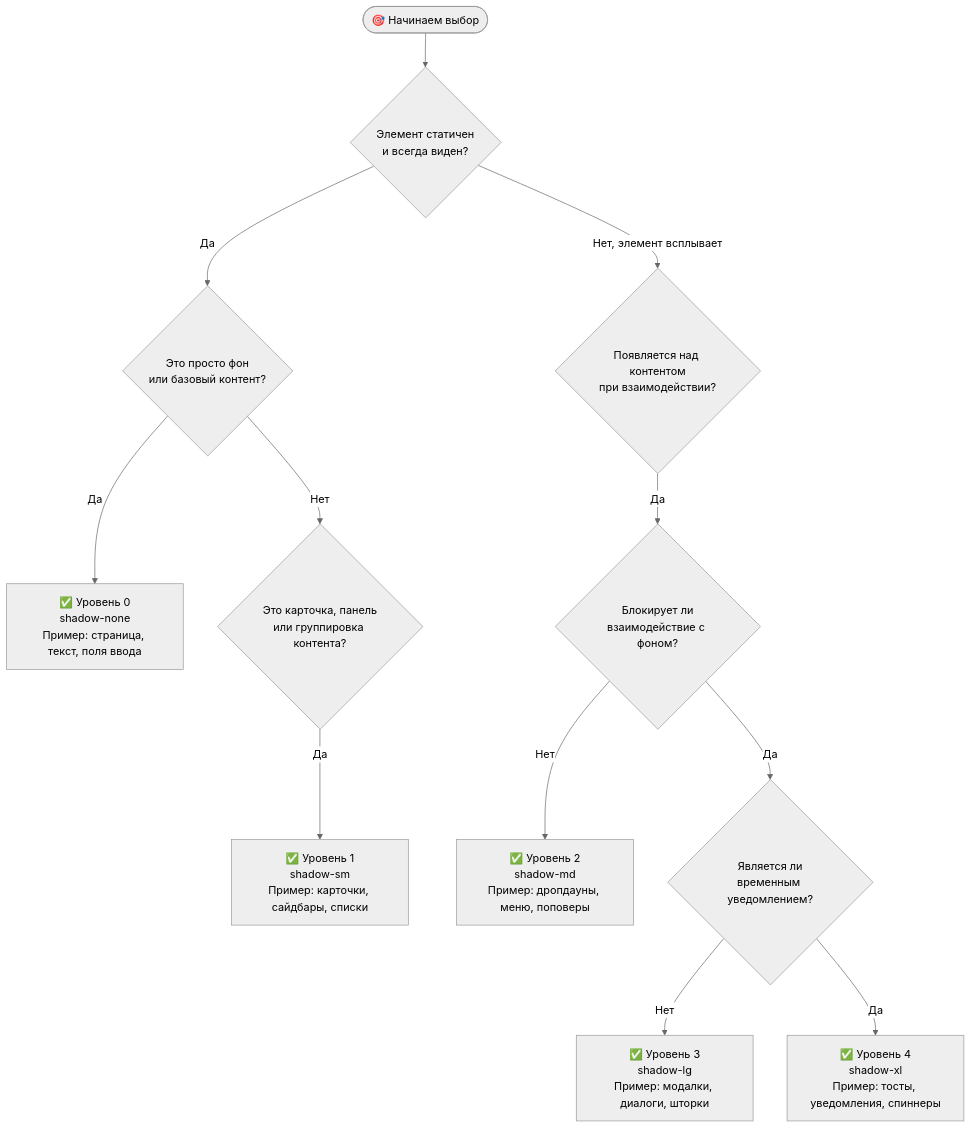
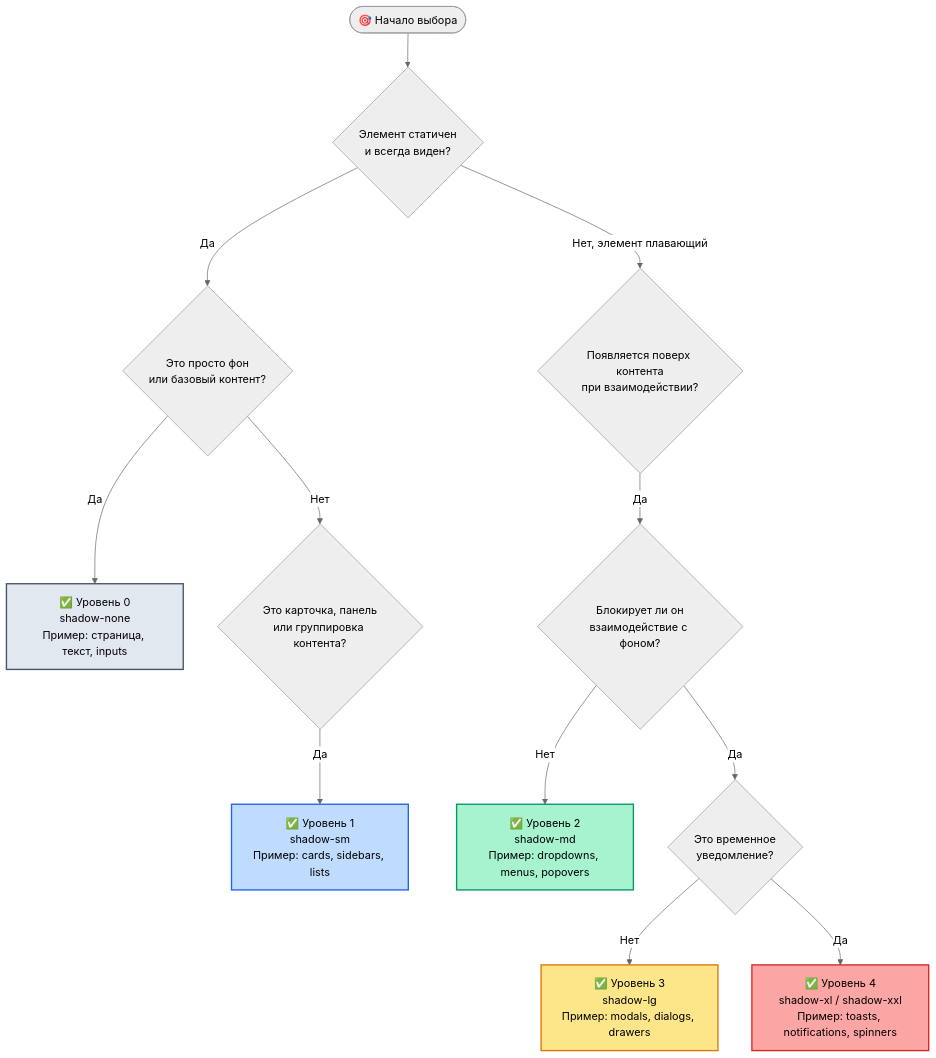
Before and after one commit to Kotrecon/faf-design-system: the fourth of 4 diagrams in packages/foundations/README.ru.md, drawn with Mermaid (neutral theme). The commit also changed other lines of this file and 42 other files, not shown here.

````diff
--- a/packages/foundations/README.ru.md
+++ b/packages/foundations/README.ru.md
@@ -400,23 +445,28 @@
 ```mermaid
 flowchart TD
-    Start([🎯 Начинаем выбор]) --> Q1{Элемент статичен<br/>и всегда виден?}
+    Start([🎯 Начало выбора]) --> Q1{Элемент статичен<br/>и всегда виден?}
 
     Q1 -->|Да| Q2{Это просто фон<br/>или базовый контент?}
-    Q2 -->|Да| L0[✅ Уровень 0<br/>shadow-none<br/>Пример: страница, текст, поля ввода]
+    Q2 -->|Да| L0[✅ Уровень 0<br/>shadow-none<br/>Пример: страница, текст, inputs]
     Q2 -->|Нет| Q3{Это карточка, панель<br/>или группировка контента?}
-    Q3 -->|Да| L1[✅ Уровень 1<br/>shadow-sm<br/>Пример: карточки, сайдбары, списки]
+    Q3 -->|Да| L1[✅ Уровень 1<br/>shadow-sm<br/>Пример: cards, sidebars, lists]
 
-    Q1 -->|Нет, элемент всплывает| Q4{Появляется над контентом<br/>при взаимодействии?}
+    Q1 -->|Нет, элемент плавающий| Q4{Появляется поверх контента<br/>при взаимодействии?}
 
-    Q4 -->|Да| Q5{Блокирует ли<br/>взаимодействие с фоном?}
+    Q4 -->|Да| Q5{Блокирует ли он<br/>взаимодействие с фоном?}
 
-    Q5 -->|Нет| L2[✅ Уровень 2<br/>shadow-md<br/>Пример: дропдауны, меню, поповеры]
+    Q5 -->|Нет| L2[✅ Уровень 2<br/>shadow-md<br/>Пример: dropdowns, menus, popovers]
 
-    Q5 -->|Да| Q6{Является ли<br/>временным уведомлением?}
+    Q5 -->|Да| Q6{Это временное<br/>уведомление?}
 
-    Q6 -->|Нет| L3[✅ Уровень 3<br/>shadow-lg<br/>Пример: модалки, диалоги, шторки]
+    Q6 -->|Нет| L3[✅ Уровень 3<br/>shadow-lg<br/>Пример: modals, dialogs, drawers]
 
-    Q6 -->|Да| L4[✅ Уровень 4<br/>shadow-xl<br/>Пример: тосты, уведомления, спиннеры]
+    Q6 -->|Да| L4[✅ Уровень 4<br/>shadow-xl / shadow-xxl<br/>Пример: toasts, notifications, spinners]
 
-
+    %% Styling
+    style L0 fill:#e2e8f0,stroke:#475569,stroke-width:2px
+    style L1 fill:#bfdbfe,stroke:#2563eb,stroke-width:2px
+    style L2 fill:#a7f3d0,stroke:#059669,stroke-width:2px
+    style L3 fill:#fde68a,stroke:#d97706,stroke-width:2px
+    style L4 fill:#fca5a5,stroke:#dc2626,stroke-width:2px
 ```
````
